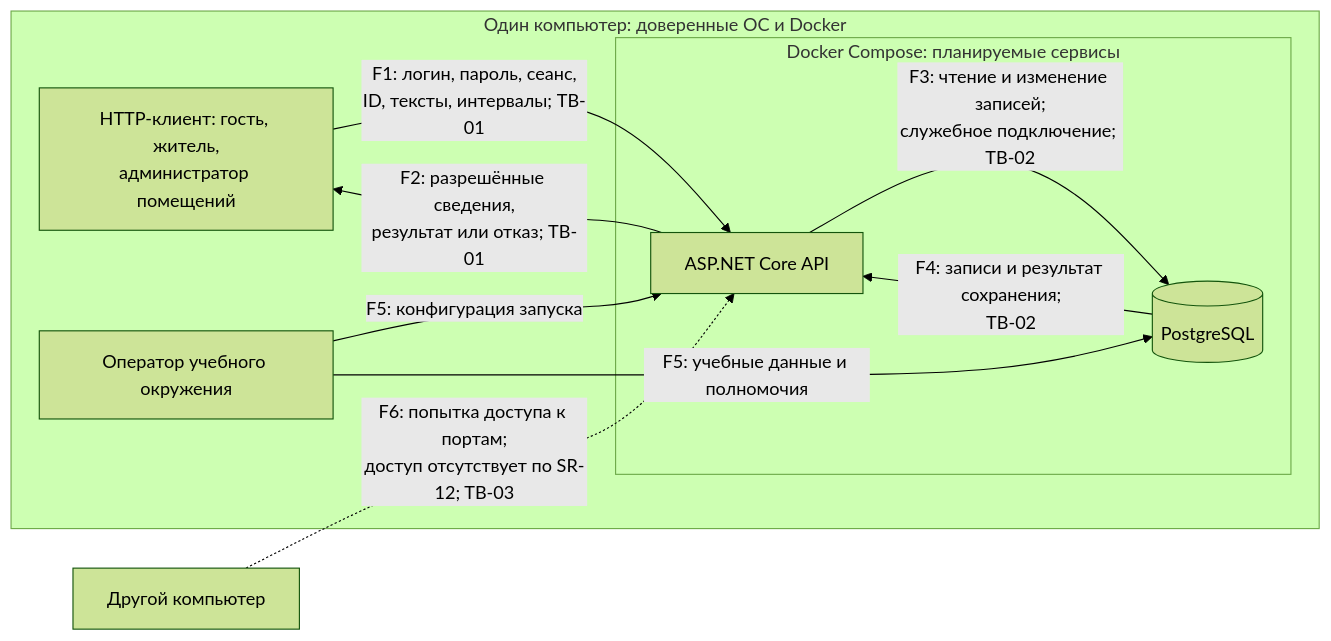
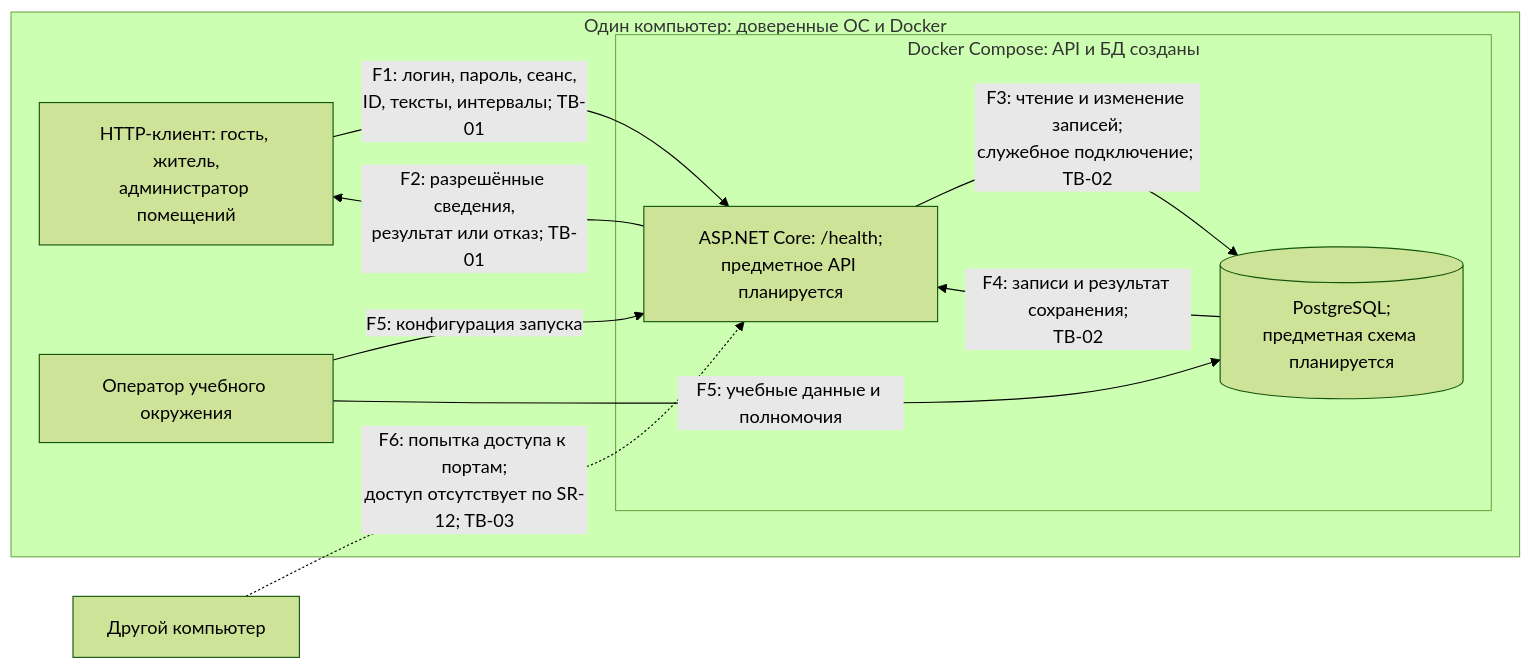
The diagram in THREAT_MODEL.md (xelsink1/rbpo-mlbb), drawn with Mermaid (forest theme) before and after one commit. The commit also changed other lines of this file and 15 other files, not shown here.

````diff
--- a/THREAT_MODEL.md
+++ b/THREAT_MODEL.md
@@ -23,18 +23,18 @@
 ```mermaid
 flowchart LR
     subgraph HOST["Один компьютер: доверенные ОС и Docker"]
         C["HTTP-клиент: гость, житель,<br/>администратор помещений"]
         O["Оператор учебного окружения"]
-        subgraph COMPOSE["Docker Compose: планируемые сервисы"]
-            A["ASP.NET Core API"]
-            D[("PostgreSQL")]
+        subgraph COMPOSE["Docker Compose: API и БД созданы"]
+            A["ASP.NET Core: /health;<br/>предметное API планируется"]
+            D[("PostgreSQL;<br/>предметная схема планируется")]
         end
         C -->|"F1: логин, пароль, сеанс,<br/>ID, тексты, интервалы; TB-01"| A
         A -->|"F2: разрешённые сведения,<br/>результат или отказ; TB-01"| C
         A -->|"F3: чтение и изменение записей;<br/>служебное подключение; TB-02"| D
         D -->|"F4: записи и результат сохранения;<br/>TB-02"| A
         O -->|"F5: конфигурация запуска"| A
         O -->|"F5: учебные данные и полномочия"| D
     end
     N["Другой компьютер"] -.->|"F6: попытка доступа к портам;<br/>доступ отсутствует по SR-12; TB-03"| A
 ```
````
